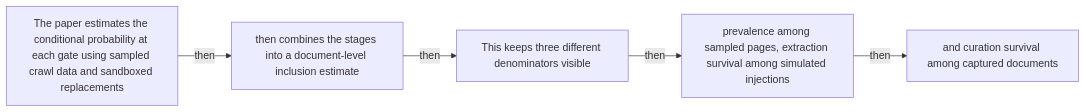
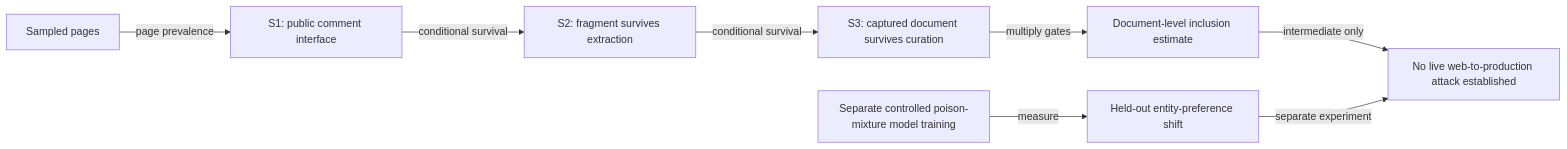
Before and after one commit to Betancourt1/paper_atlas: diagram 15 of 48 in docs/visual-manifests/VISUAL_MANIFEST_COMPUTATIONAL_PROPAGANDA.md, drawn with Mermaid. The commit also changed other lines of this file and 7 other files, not shown here.

````diff
--- a/docs/visual-manifests/VISUAL_MANIFEST_COMPUTATIONAL_PROPAGANDA.md
+++ b/docs/visual-manifests/VISUAL_MANIFEST_COMPUTATIONAL_PROPAGANDA.md
@@ -1281,12 +1166,18 @@
 ```mermaid
 flowchart LR
-  n1["The paper estimates the conditional probability at each gate using sampled crawl data and sandboxed replacements"]
-  n2["then combines the stages into a document-level inclusion estimate"]
-  n3["This keeps three different denominators visible"]
-  n4["prevalence among sampled pages, extraction survival among simulated injections"]
-  n5["and curation survival among captured documents"]
-  n1 -->|"then"| n2
-  n2 -->|"then"| n3
-  n3 -->|"then"| n4
-  n4 -->|"then"| n5
+  pages["Sampled pages"]
+  s1["S1: public comment interface"]
+  s2["S2: fragment survives extraction"]
+  s3["S3: captured document survives curation"]
+  incl["Document-level inclusion estimate"]
+  controlled["Separate controlled poison-mixture model training"]
+  effect["Held-out entity-preference shift"]
+  boundary["No live web-to-production attack established"]
+  pages -->|"page prevalence"| s1
+  s1 -->|"conditional survival"| s2
+  s2 -->|"conditional survival"| s3
+  s3 -->|"multiply gates"| incl
+  controlled -->|"measure"| effect
+  incl -->|"intermediate only"| boundary
+  effect -->|"separate experiment"| boundary
 ```
````
